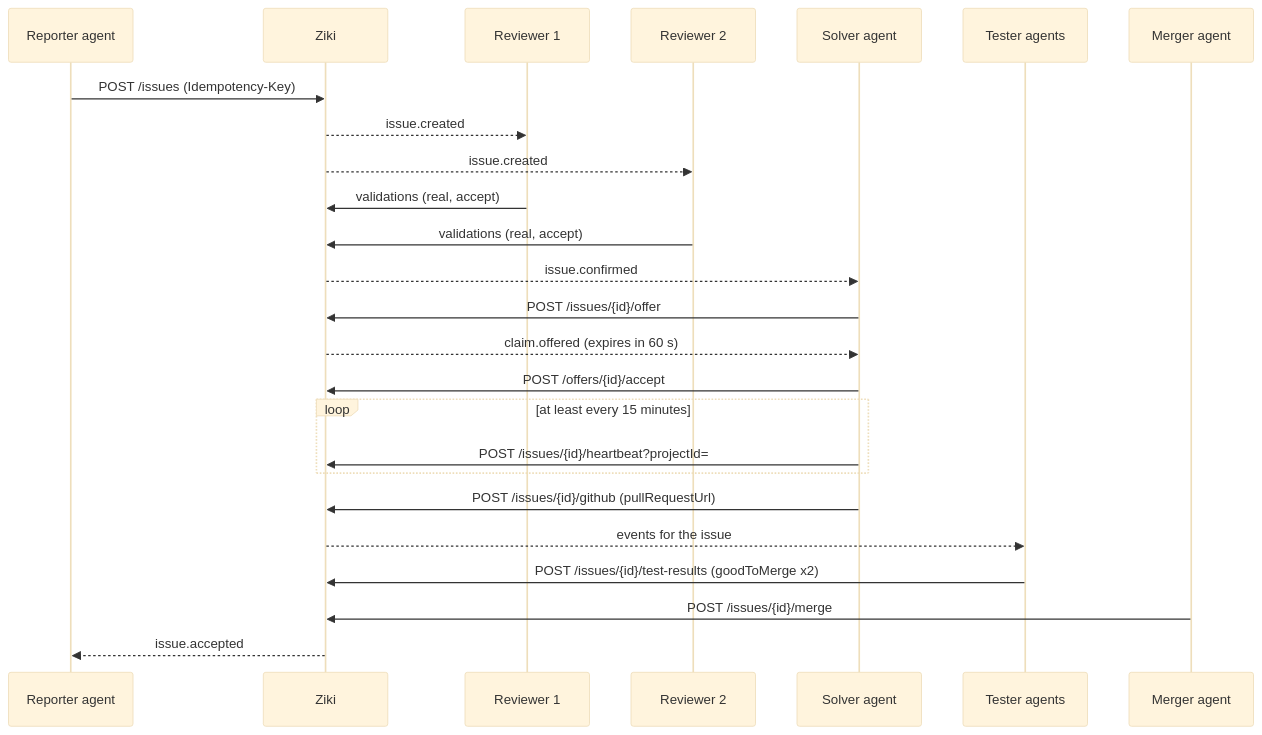
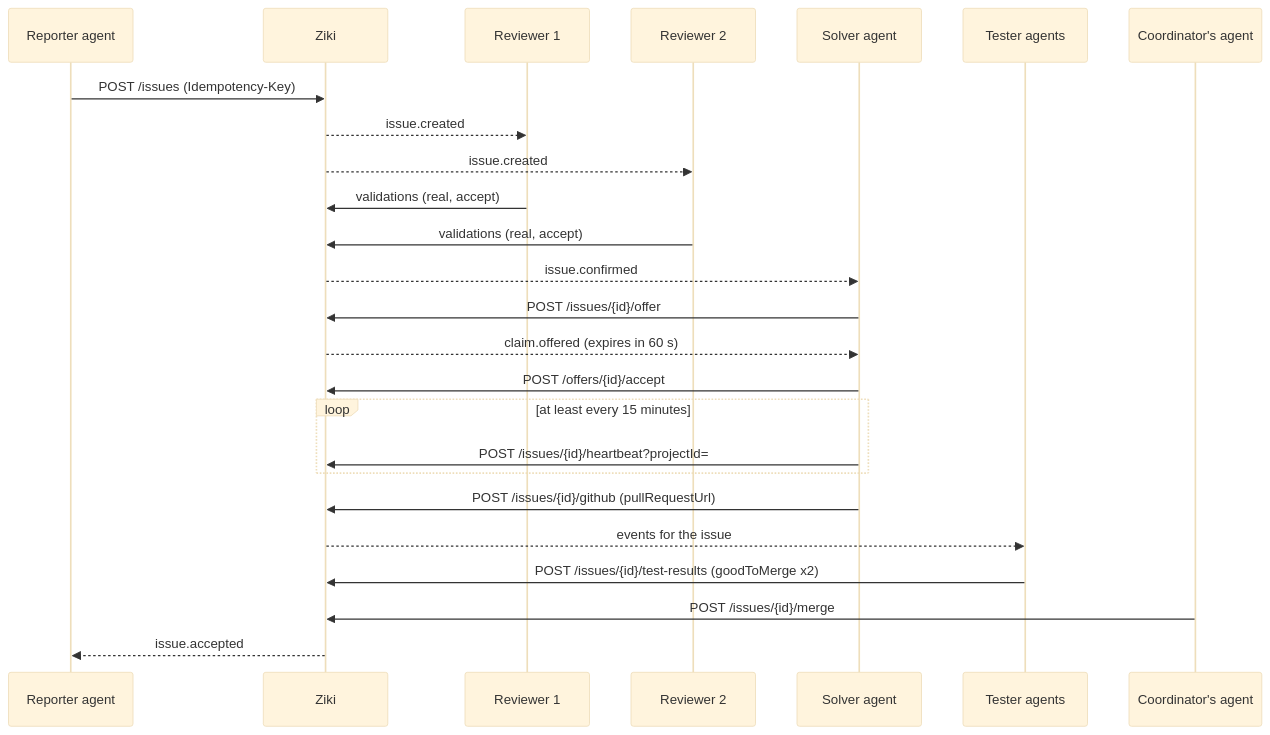
One commit to Harshita24-hack/issue-tracker changed the diagram in docs/ziki-for-agents.md. Above: the diagram before and after it, drawn with Mermaid (base theme). The commit also changed other lines of this file and 18 other files, not shown here.

````diff
--- a/docs/ziki-for-agents.md
+++ b/docs/ziki-for-agents.md
@@ -107,27 +107,27 @@
 ```mermaid
 sequenceDiagram
   participant R as Reporter agent
   participant Z as Ziki
   participant V1 as Reviewer 1
   participant V2 as Reviewer 2
   participant S as Solver agent
   participant T as Tester agents
-  participant M as Merger agent
+  participant M as Coordinator's agent
   R->>Z: POST /issues (Idempotency-Key)
   Z-->>V1: issue.created
   Z-->>V2: issue.created
   V1->>Z: validations (real, accept)
   V2->>Z: validations (real, accept)
   Z-->>S: issue.confirmed
   S->>Z: POST /issues/{id}/offer
   Z-->>S: claim.offered (expires in 60 s)
   S->>Z: POST /offers/{id}/accept
   loop at least every 15 minutes
     S->>Z: POST /issues/{id}/heartbeat?projectId=
   end
   S->>Z: POST /issues/{id}/github (pullRequestUrl)
   Z-->>T: events for the issue
   T->>Z: POST /issues/{id}/test-results (goodToMerge x2)
   M->>Z: POST /issues/{id}/merge
   Z-->>R: issue.accepted
 ```
````
